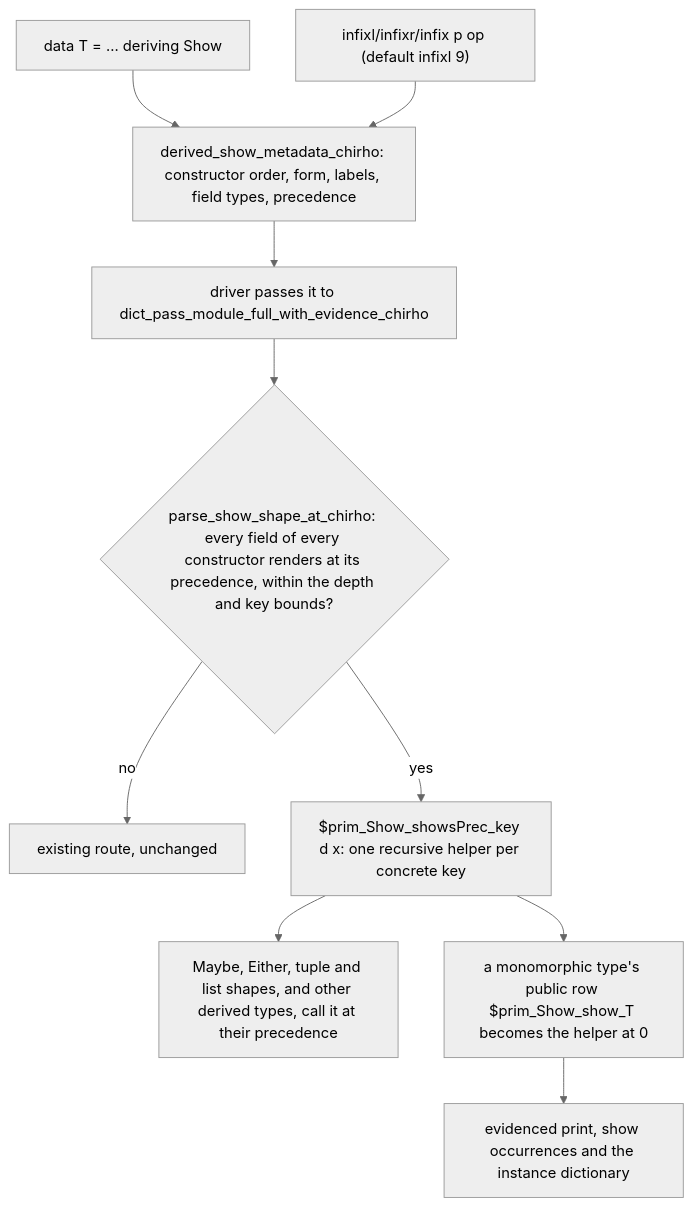
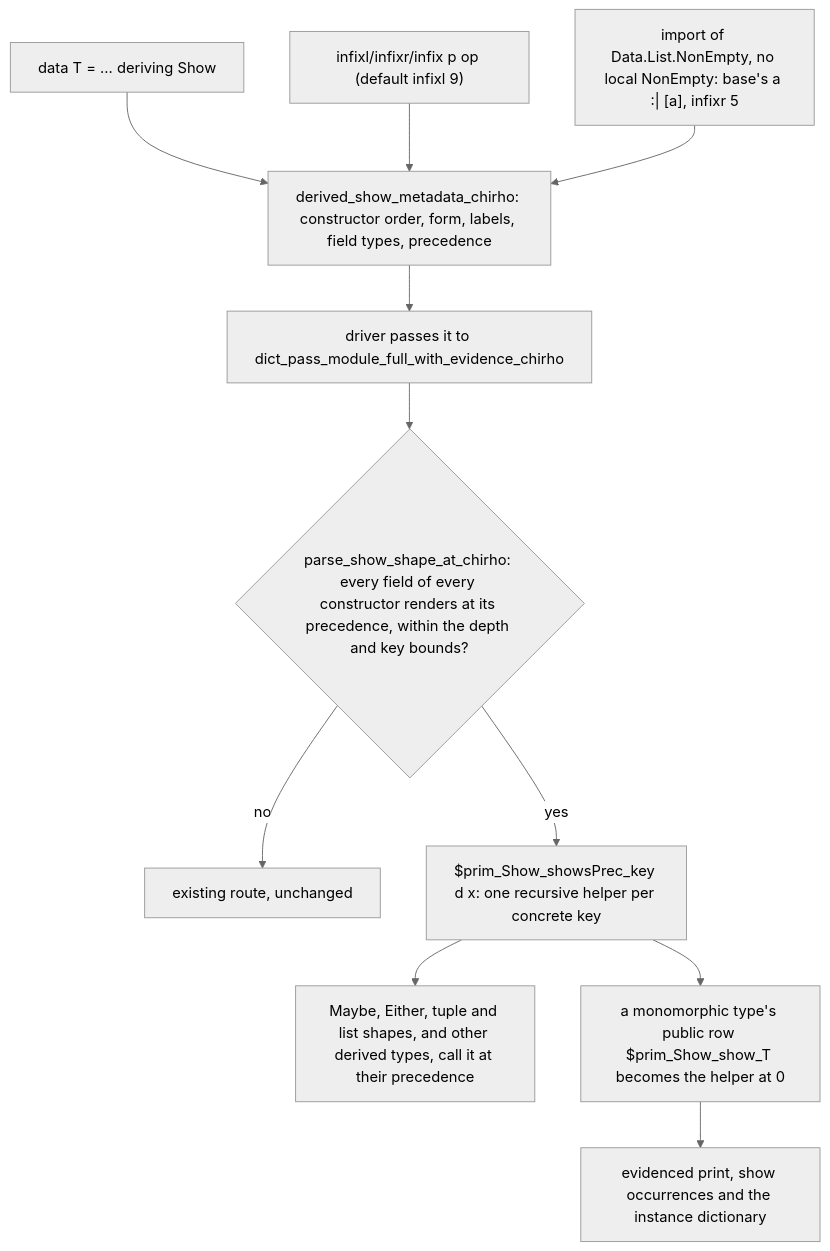
One commit to loveJesus/haskelujah-chirho changed the second of 2 diagrams in spec-chirho/workflows-chirho/print-show-evidence-chirho.md. Above: the diagram before and after it, drawn with Mermaid (neutral theme). The commit also changed other lines of this file and 2 other files, not shown here.

First line of the commit message:
docs(workflow): NonEmpty's constructor seed, Show metadata and routed toList

````diff
--- a/spec-chirho/workflows-chirho/print-show-evidence-chirho.md
+++ b/spec-chirho/workflows-chirho/print-show-evidence-chirho.md
@@ -60,12 +60,13 @@
 ```mermaid
 flowchart TD
     data_ds_chirho["data T = ... deriving Show"] --> meta_ds_chirho["derived_show_metadata_chirho: constructor order, form, labels, field types, precedence"]
     fixity_ds_chirho["infixl/infixr/infix p op (default infixl 9)"] --> meta_ds_chirho
+    nonempty_ds_chirho["import of Data.List.NonEmpty, no local NonEmpty: base's a :| [a], infixr 5"] --> meta_ds_chirho
     meta_ds_chirho --> driver_ds_chirho[driver passes it to dict_pass_module_full_with_evidence_chirho]
     driver_ds_chirho --> parse_ds_chirho{"parse_show_shape_at_chirho: every field of every constructor renders at its precedence, within the depth and key bounds?"}
     parse_ds_chirho -->|no| route_ds_chirho[existing route, unchanged]
     parse_ds_chirho -->|yes| helper_ds_chirho["$prim_Show_showsPrec_key d x: one recursive helper per concrete key"]
     helper_ds_chirho --> shapes_ds_chirho["Maybe, Either, tuple and list shapes, and other derived types, call it at their precedence"]
     helper_ds_chirho --> row_ds_chirho["a monomorphic type's public row $prim_Show_show_T becomes the helper at 0"]
     row_ds_chirho --> uses_ds_chirho[evidenced print, show occurrences and the instance dictionary]
 ```
````
